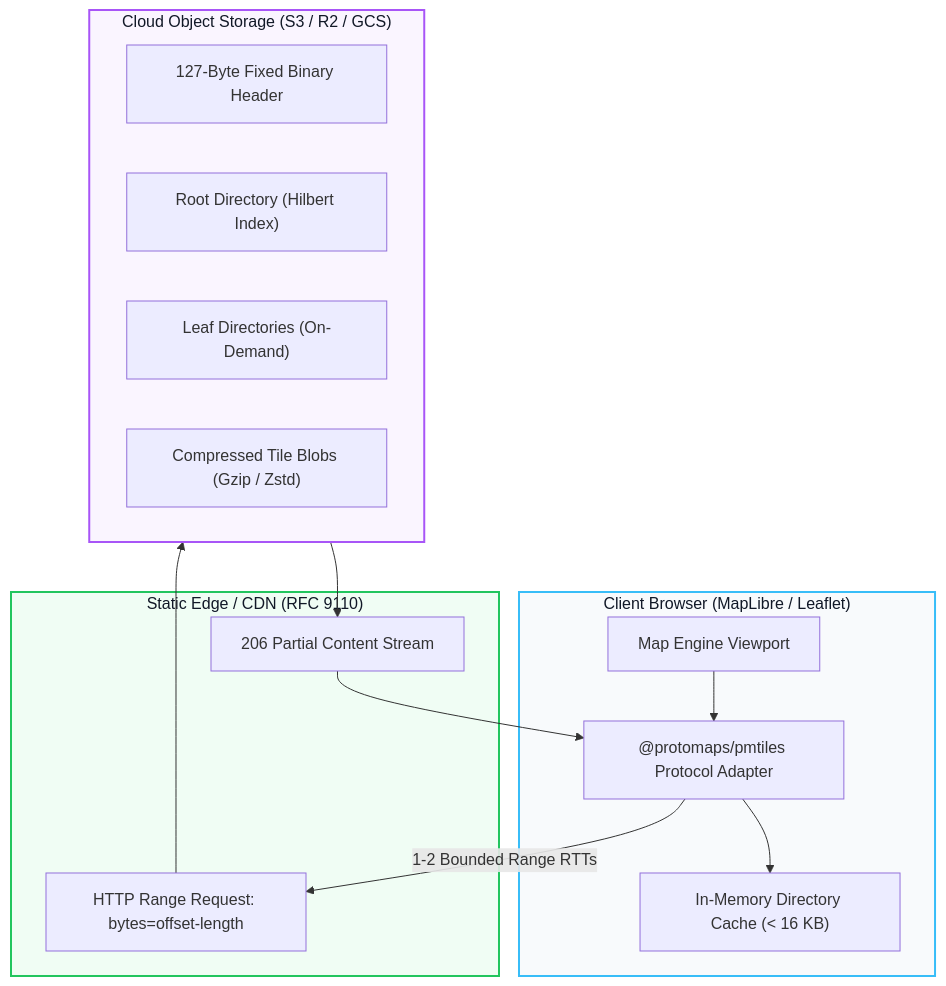
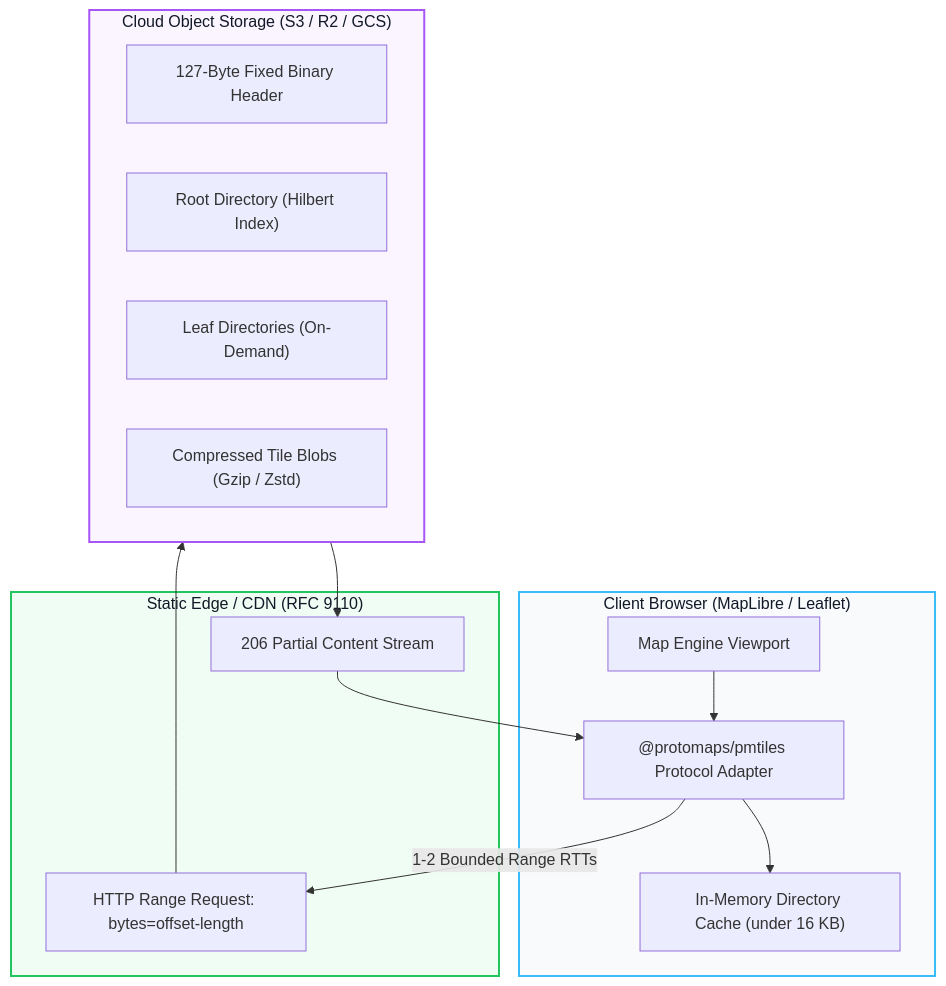
One commit to akillness/akillness.github.io changed the diagram in _posts/2026-11-16-pmtiles-v3-single-file-cloud-storage.md. Above: the diagram before and after it, drawn with Mermaid. The commit also changed 3 other files, not shown here.

Commit message:
fix(blog): ensure clean, robust Mermaid syntax across all recent posts

````diff
--- a/_posts/2026-11-16-pmtiles-v3-single-file-cloud-storage.md
+++ b/_posts/2026-11-16-pmtiles-v3-single-file-cloud-storage.md
@@ -28,32 +28,32 @@
 ```mermaid
 %%{init: {"flowchart": {"useMaxWidth": false}}}%%
 flowchart TD
     subgraph ClientLayer ["Client Browser (MapLibre / Leaflet)"]
         MapEngine["Map Engine Viewport"]
         PMTilesAdapter["@protomaps/pmtiles Protocol Adapter"]
-        RangeCache["In-Memory Directory Cache (< 16 KB)"]
+        RangeCache["In-Memory Directory Cache (under 16 KB)"]
     end
 
     subgraph NetworkLayer ["Static Edge / CDN (RFC 9110)"]
         RangeRouter["HTTP Range Request: bytes=offset-length"]
         PartialResponse["206 Partial Content Stream"]
     end
 
     subgraph StorageLayer ["Cloud Object Storage (S3 / R2 / GCS)"]
         Header127["127-Byte Fixed Binary Header"]
         RootDir["Root Directory (Hilbert Index)"]
         LeafDir["Leaf Directories (On-Demand)"]
         TilePayloads["Compressed Tile Blobs (Gzip / Zstd)"]
     end
 
     MapEngine --> PMTilesAdapter
     PMTilesAdapter --> RangeCache
     PMTilesAdapter -->|1-2 Bounded Range RTTs| RangeRouter
     RangeRouter --> StorageLayer
     StorageLayer --> PartialResponse
     PartialResponse --> PMTilesAdapter
 
     style ClientLayer fill:#f8fafc,stroke:#38bdf8,stroke-width:2px,color:#111827
     style NetworkLayer fill:#f0fdf4,stroke:#22c55e,stroke-width:2px,color:#111827
     style StorageLayer fill:#faf5ff,stroke:#a855f7,stroke-width:2px,color:#111827
 ```
````
